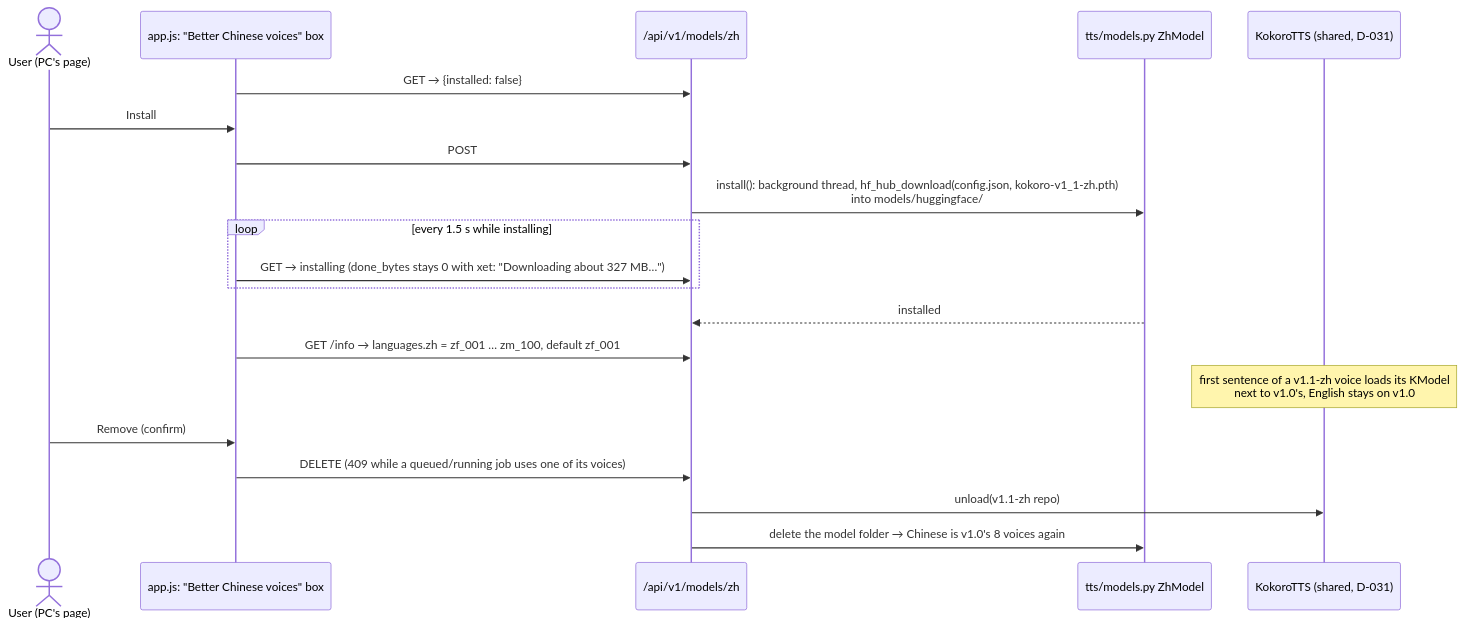
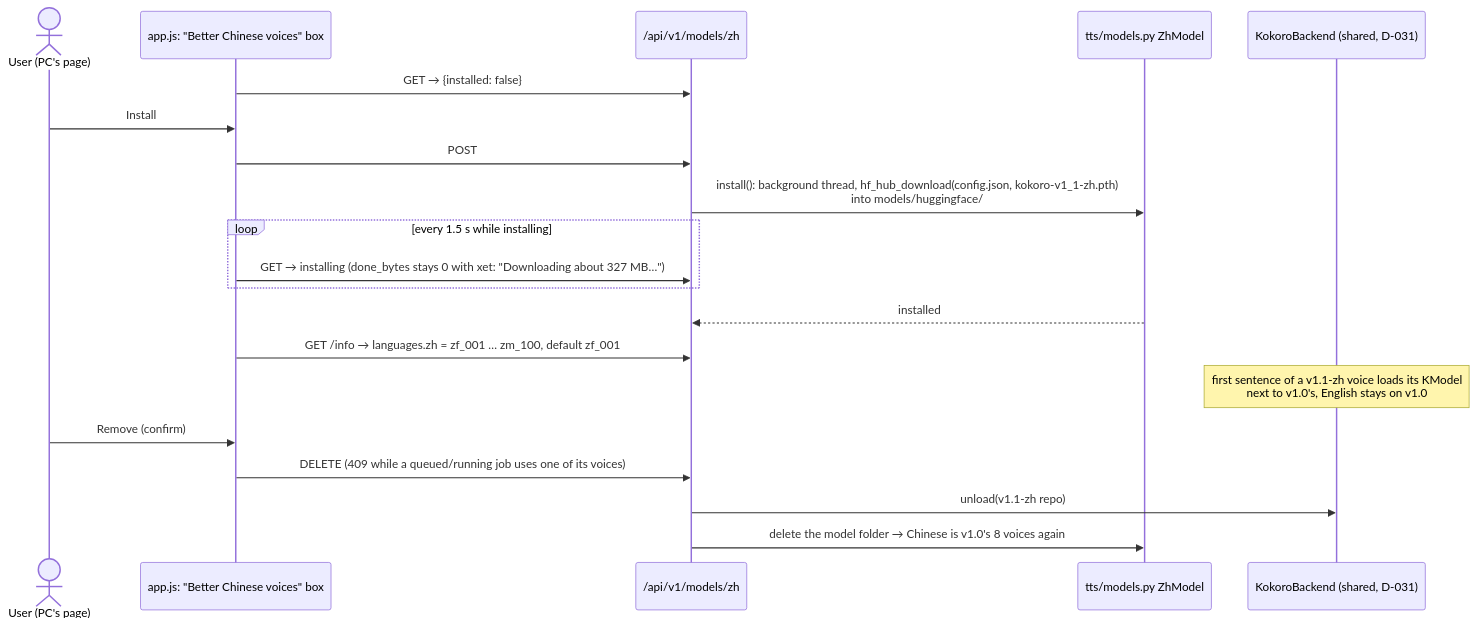
One commit to Fgkl10/ebook-convert-to-audio changed the tenth of 12 diagrams in desktop/docs/workflow.md. Above: the diagram before and after it, drawn with Mermaid. The commit also changed other lines of this file and 10 other files, not shown here.

````diff
--- a/desktop/docs/workflow.md
+++ b/desktop/docs/workflow.md
@@ -302,23 +302,23 @@
 ```mermaid
 sequenceDiagram
     actor U as User (PC's page)
     participant UI as app.js: "Better Chinese voices" box
     participant API as /api/v1/models/zh
     participant M as tts/models.py ZhModel
-    participant T as KokoroTTS (shared, D-031)
+    participant T as KokoroBackend (shared, D-031)
 
     UI->>API: GET → {installed: false}
     U->>UI: Install
     UI->>API: POST
     API->>M: install(): background thread, hf_hub_download(config.json, kokoro-v1_1-zh.pth)<br/>into models/huggingface/
     loop every 1.5 s while installing
         UI->>API: GET → installing (done_bytes stays 0 with xet: "Downloading about 327 MB…")
     end
     M-->>API: installed
     UI->>API: GET /info → languages.zh = zf_001 … zm_100, default zf_001
     Note over T: first sentence of a v1.1-zh voice loads its KModel<br/>next to v1.0's, English stays on v1.0
     U->>UI: Remove (confirm)
     UI->>API: DELETE (409 while a queued/running job uses one of its voices)
     API->>T: unload(v1.1-zh repo)
     API->>M: delete the model folder → Chinese is v1.0's 8 voices again
 ```
````
